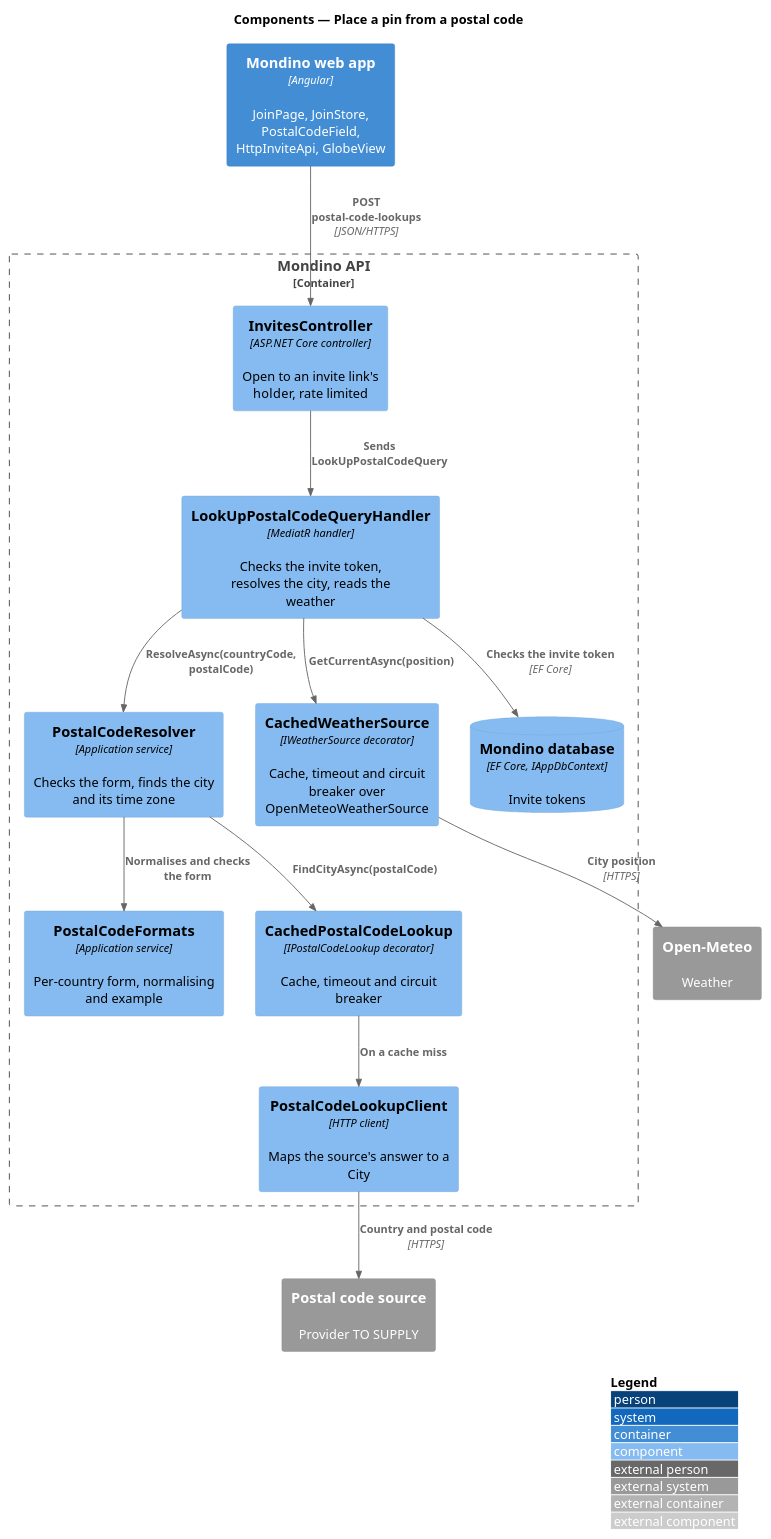
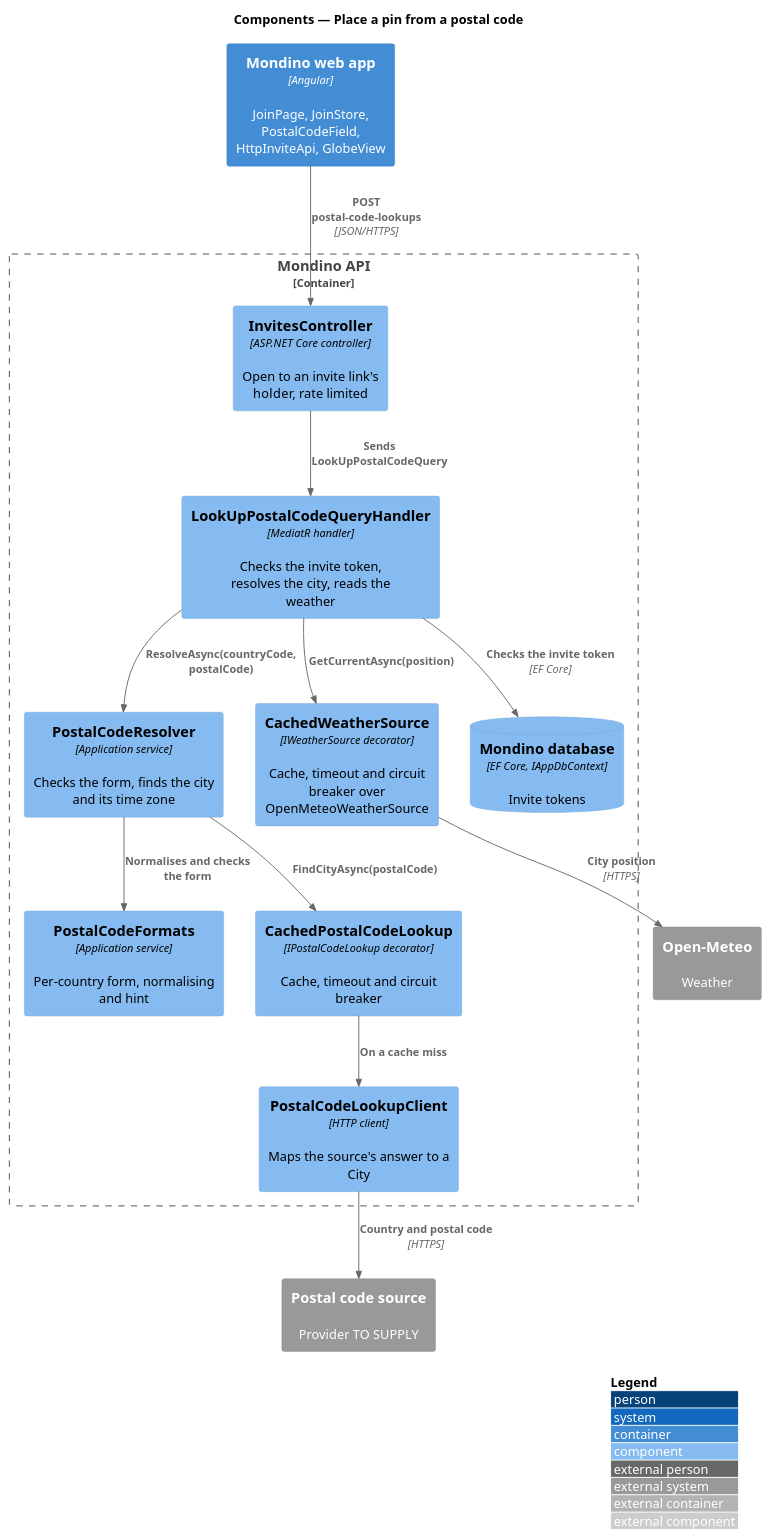
Before and after one commit to QuinntyneBrown/Mondino: the diagram in docs/detailed-designs/joining/place-pin-from-postal-code/diagrams/c4-component.puml, drawn with PlantUML. The commit also changed 20 other files, not shown here.

```diff
--- a/docs/detailed-designs/joining/place-pin-from-postal-code/diagrams/c4-component.puml
+++ b/docs/detailed-designs/joining/place-pin-from-postal-code/diagrams/c4-component.puml
@@ -1,30 +1,30 @@
 @startuml
 !include <C4/C4_Component>
 LAYOUT_WITH_LEGEND()
 title Components — Place a pin from a postal code
 
 Container(web, "Mondino web app", "Angular", "JoinPage, JoinStore, PostalCodeField, HttpInviteApi, GlobeView")
 Container_Boundary(api, "Mondino API") {
   Component(ctrl, "InvitesController", "ASP.NET Core controller", "Open to an invite link's holder, rate limited")
   Component(handler, "LookUpPostalCodeQueryHandler", "MediatR handler", "Checks the invite token, resolves the city, reads the weather")
   Component(resolver, "PostalCodeResolver", "Application service", "Checks the form, finds the city and its time zone")
-  Component(formats, "PostalCodeFormats", "Application service", "Per-country form, normalising and example")
+  Component(formats, "PostalCodeFormats", "Application service", "Per-country form, normalising and hint")
   Component(lookup, "CachedPostalCodeLookup", "IPostalCodeLookup decorator", "Cache, timeout and circuit breaker")
   Component(lookupClient, "PostalCodeLookupClient", "HTTP client", "Maps the source's answer to a City")
   Component(weather, "CachedWeatherSource", "IWeatherSource decorator", "Cache, timeout and circuit breaker over OpenMeteoWeatherSource")
   ComponentDb(db, "Mondino database", "EF Core, IAppDbContext", "Invite tokens")
 }
 System_Ext(postal, "Postal code source", "Provider TO SUPPLY")
 System_Ext(meteo, "Open-Meteo", "Weather")
 
 Rel(web, ctrl, "POST postal-code-lookups", "JSON/HTTPS")
 Rel(ctrl, handler, "Sends LookUpPostalCodeQuery")
 Rel(handler, db, "Checks the invite token", "EF Core")
 Rel(handler, resolver, "ResolveAsync(countryCode, postalCode)")
 Rel(resolver, formats, "Normalises and checks the form")
 Rel(resolver, lookup, "FindCityAsync(postalCode)")
 Rel(lookup, lookupClient, "On a cache miss")
 Rel(lookupClient, postal, "Country and postal code", "HTTPS")
 Rel(handler, weather, "GetCurrentAsync(position)")
 Rel(weather, meteo, "City position", "HTTPS")
 @enduml
```
